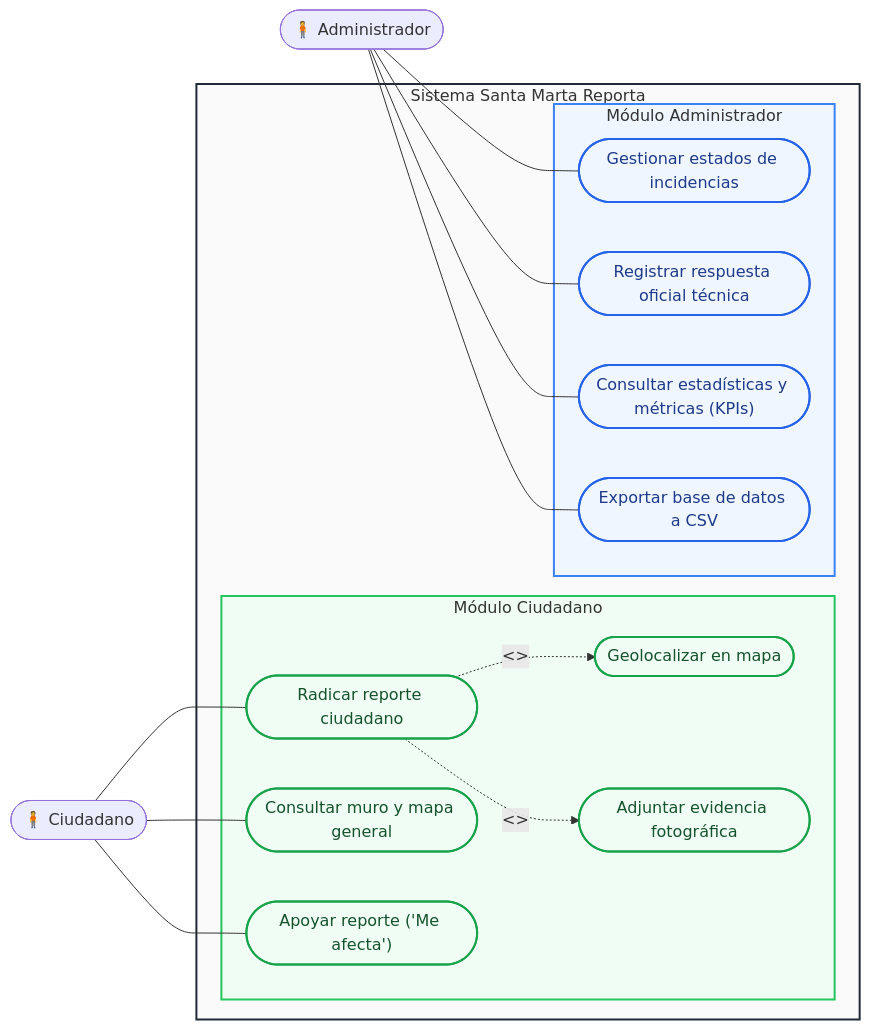
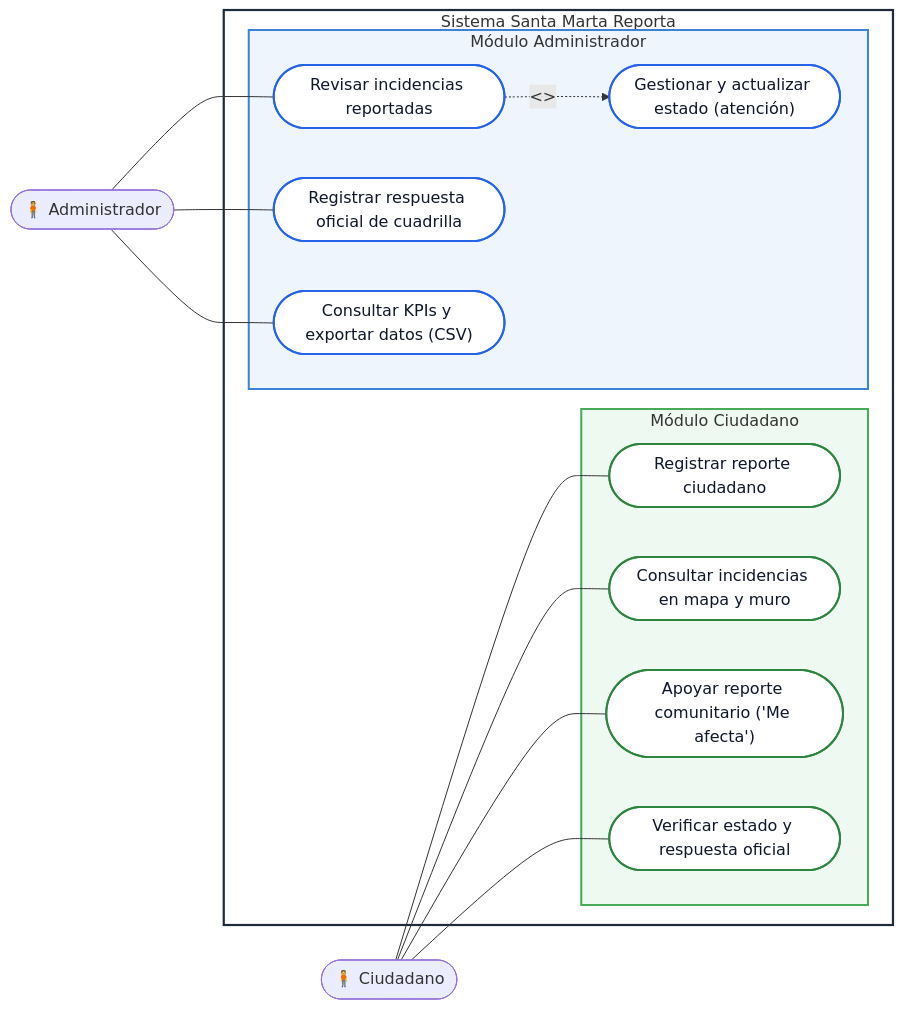
The third of 6 diagrams in docs/DOCUMENTO_SEGUNDO_SEGUIMIENTO.md (FabianAndres052/Santa-Marta-Reporta.), drawn with Mermaid before and after one commit. The commit also changed 2 other files, not shown here.

Commit message:
docs: rediseño presentable y simetrico de casos de uso UML estilo plantilla

````diff
--- a/docs/DOCUMENTO_SEGUNDO_SEGUIMIENTO.md
+++ b/docs/DOCUMENTO_SEGUNDO_SEGUIMIENTO.md
@@ -384,42 +384,40 @@
 ```mermaid
 flowchart LR
     %% Actores
     Ciudadano(["🧍 Ciudadano"])
     Admin(["🧍 Administrador"])
 
     subgraph Sistema ["Sistema Santa Marta Reporta"]
         subgraph ModCiudadano ["Módulo Ciudadano"]
-            UC1(["Radicar reporte ciudadano"]):::greenUC
-            UC2(["Geolocalizar en mapa"]):::greenUC
-            UC3(["Adjuntar evidencia fotográfica"]):::greenUC
-            UC4(["Consultar muro y mapa general"]):::greenUC
-            UC5(["Apoyar reporte ('Me afecta')"]):::greenUC
+            UC1(["Registrar reporte ciudadano"]):::greenUC
+            UC2(["Consultar incidencias en mapa y muro"]):::greenUC
+            UC3(["Apoyar reporte comunitario ('Me afecta')"]):::greenUC
+            UC4(["Verificar estado y respuesta oficial"]):::greenUC
         end
 
         subgraph ModAdmin ["Módulo Administrador"]
-            UC6(["Gestionar estados de incidencias"]):::blueUC
-            UC7(["Registrar respuesta oficial técnica"]):::blueUC
-            UC8(["Consultar estadísticas y métricas (KPIs)"]):::blueUC
-            UC9(["Exportar base de datos a CSV"]):::blueUC
+            UC5(["Revisar incidencias reportadas"]):::blueUC
+            UC6(["Gestionar y actualizar estado (atención)"]):::blueUC
+            UC7(["Registrar respuesta oficial de cuadrilla"]):::blueUC
+            UC8(["Consultar KPIs y exportar datos (CSV)"]):::blueUC
         end
     end
 
     %% Asociaciones Ciudadano
     Ciudadano --- UC1
+    Ciudadano --- UC2
+    Ciudadano --- UC3
     Ciudadano --- UC4
-    Ciudadano --- UC5
-    UC1 -.->|<<include>>| UC2
-    UC1 -.->|<<include>>| UC3
 
-    %% Asociaciones Administrador
-    Admin --- UC6
+    %% Asociaciones Administrador y flujo de gestión
+    Admin --- UC5
     Admin --- UC7
     Admin --- UC8
-    Admin --- UC9
+    UC5 -.->|<<include>>| UC6
 
-    classDef greenUC fill:#f0fdf4,stroke:#16a34a,stroke-width:2px,color:#14532d;
-    classDef blueUC fill:#eff6ff,stroke:#2563eb,stroke-width:2px,color:#1e3a8a;
-    style ModCiudadano fill:#f0fdf4,stroke:#22c55e,stroke-width:2px;
-    style ModAdmin fill:#eff6ff,stroke:#3b82f6,stroke-width:2px;
-    style Sistema fill:#fafafa,stroke:#1f2937,stroke-width:2px;
+    classDef greenUC fill:#ffffff,stroke:#2e8540,stroke-width:2px,color:#0f172a;
+    classDef blueUC fill:#ffffff,stroke:#2563eb,stroke-width:2px,color:#0f172a;
+    style ModCiudadano fill:#eef9f1,stroke:#48ab57,stroke-width:2px;
+    style ModAdmin fill:#eef5fc,stroke:#3b82d9,stroke-width:2px;
+    style Sistema fill:#ffffff,stroke:#1e293b,stroke-width:2.2px;
 ```
````
